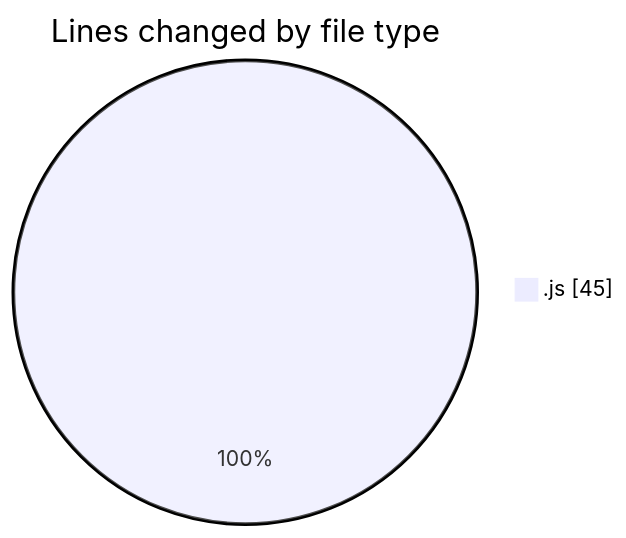
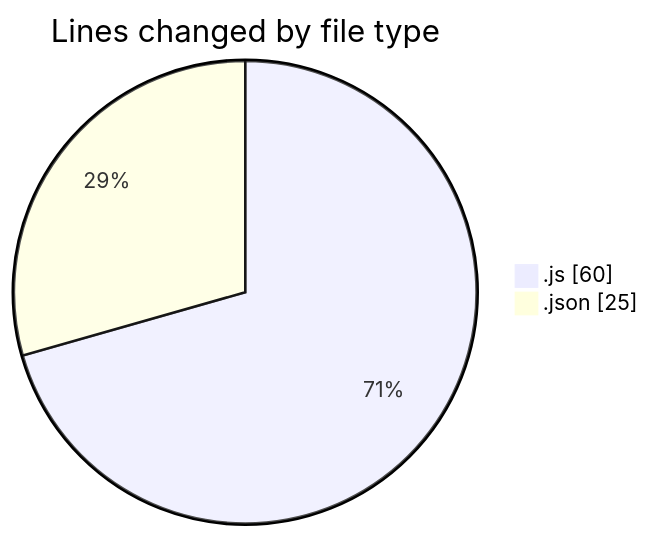
One commit to donsfak/code-tracking changed the first of 2 diagrams in 2025-03-14/ai_agent/README.md. Above: the diagram before and after it, drawn with Mermaid. The commit also changed other lines of this file and 1 other file, not shown here.

````diff
--- a/2025-03-14/ai_agent/README.md
+++ b/2025-03-14/ai_agent/README.md
@@ -20,5 +22,6 @@
 ```mermaid
 pie showData
 title Lines changed by file type
-".js" : 45
+".js" : 60
+".json" : 25
 ```
````
